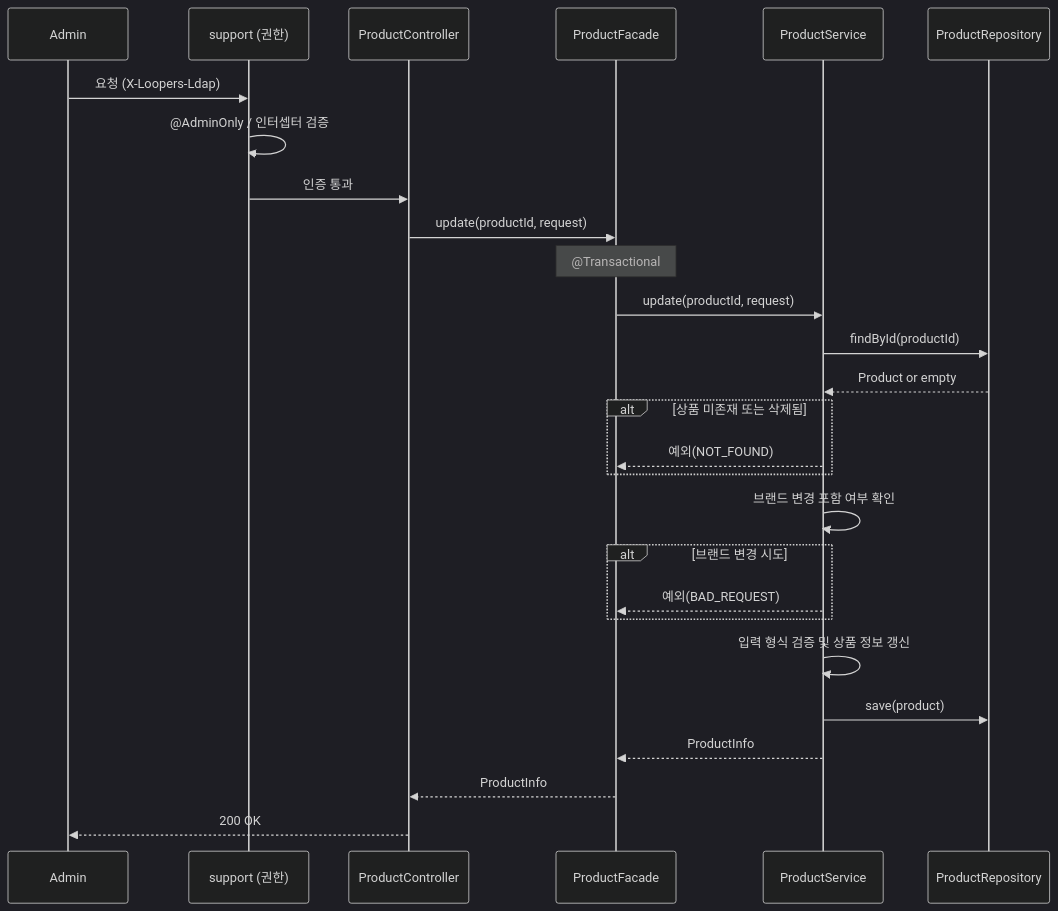
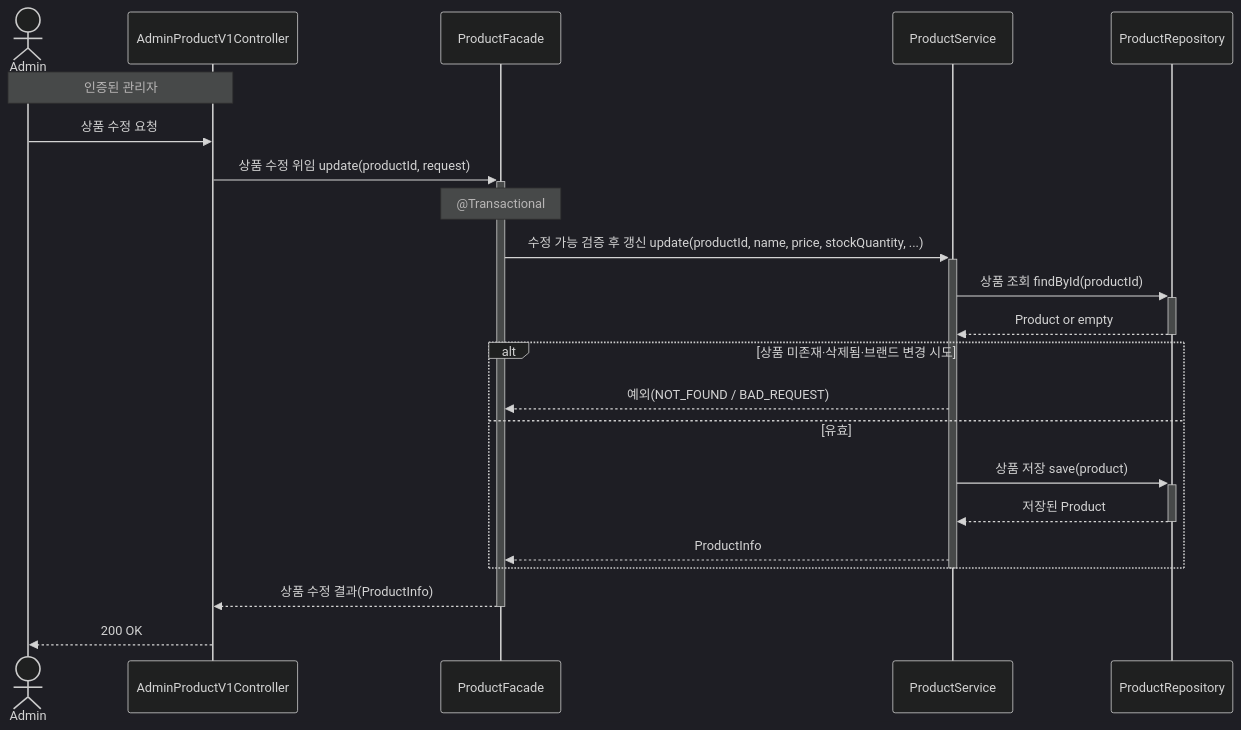
Before and after one commit to Loopers-dev-lab/loop-pack-be-l2-vol3-java: the fourth of 8 diagrams in .docs/design/02-sequence-diagrams.md, drawn with Mermaid (dark theme). The commit also changed other lines of this file and 3 other files, not shown here.

````diff
--- a/.docs/design/02-sequence-diagrams.md
+++ b/.docs/design/02-sequence-diagrams.md
@@ -63,33 +129,32 @@
 ```mermaid
 sequenceDiagram
-    participant Admin
-    participant Support as support (권한)
-    participant ProductController
-    participant ProductFacade
+    actor Admin
+    participant Controller as AdminProductV1Controller
+    participant Facade as ProductFacade
     participant ProductService
     participant ProductRepository
 
-    Admin->>Support: 요청 (X-Loopers-Ldap)
-    Support->>Support: @AdminOnly / 인터셉터 검증
-    Support->>ProductController: 인증 통과
-    ProductController->>ProductFacade: update(productId, request)
-    Note over ProductFacade: @Transactional
-    ProductFacade->>ProductService: update(productId, request)
+    Note over Admin, Controller: 인증된 관리자
+    Admin->>Controller: 상품 수정 요청
 
-    ProductService->>ProductRepository: findById(productId)
-    ProductRepository-->>ProductService: Product or empty
-    alt 상품 미존재 또는 삭제됨
-        ProductService-->>ProductFacade: 예외(NOT_FOUND)
+    Controller->>+Facade: 상품 수정 위임 update(productId, request)
+    Note over Facade: @Transactional
+
+    Facade->>+ProductService: 수정 가능 검증 후 갱신 update(productId, name, price, stockQuantity, ...)
+
+    ProductService->>+ProductRepository: 상품 조회 findById(productId)
+    ProductRepository-->>-ProductService: Product or empty
+
+    alt 상품 미존재·삭제됨·브랜드 변경 시도
+        ProductService-->>Facade: 예외(NOT_FOUND / BAD_REQUEST)
+    else 유효
+        ProductService->>+ProductRepository: 상품 저장 save(product)
+        ProductRepository-->>-ProductService: 저장된 Product
+        ProductService-->>Facade: ProductInfo
     end
 
-    ProductService->>ProductService: 브랜드 변경 포함 여부 확인
-    alt 브랜드 변경 시도
-        ProductService-->>ProductFacade: 예외(BAD_REQUEST)
-    end
+    deactivate ProductService
 
-    ProductService->>ProductService: 입력 형식 검증 및 상품 정보 갱신
-    ProductService->>ProductRepository: save(product)
-    ProductService-->>ProductFacade: ProductInfo
-    ProductFacade-->>ProductController: ProductInfo
-    ProductController-->>Admin: 200 OK
+    Facade-->>-Controller: 상품 수정 결과(ProductInfo)
+    Controller-->>Admin: 200 OK
 ```
````
